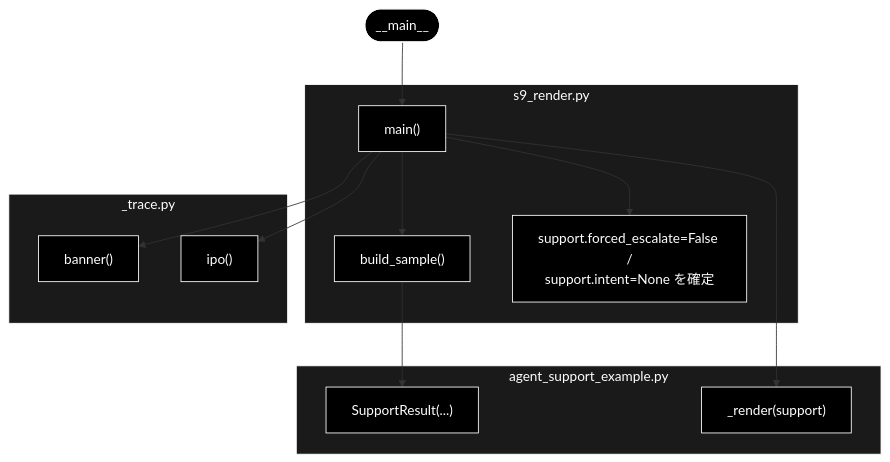
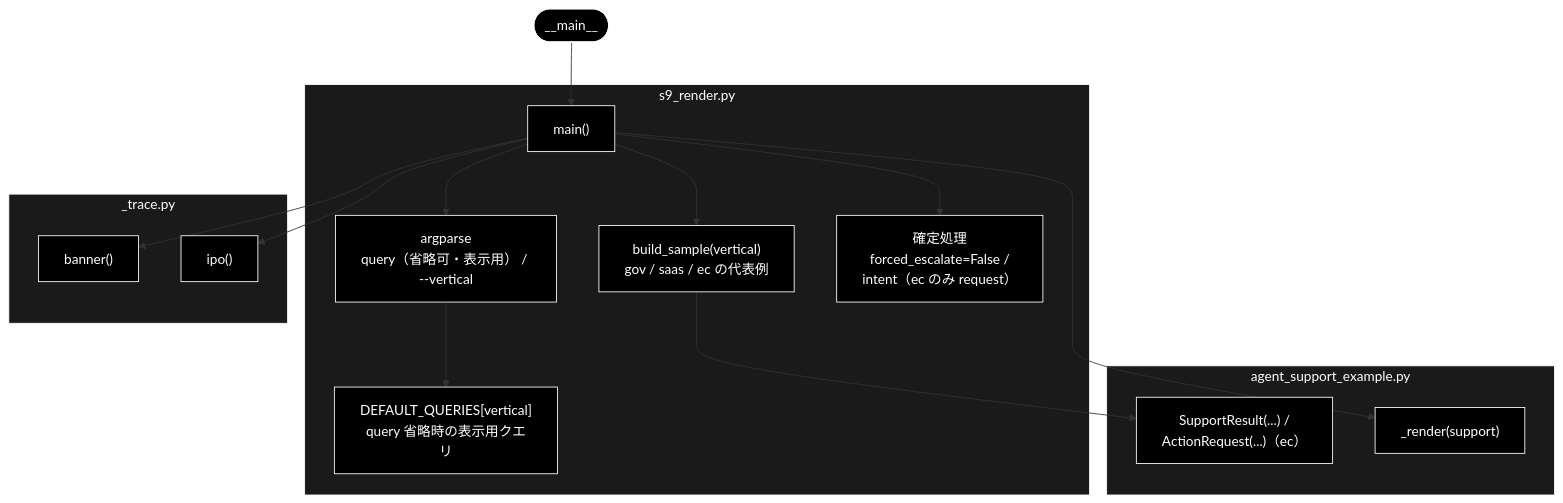
One commit to nakashima2toshio/anthropic_grace_agent_v2 changed the second of 3 diagrams in grace/step_trace/docs/s9_render.md. Above: the diagram before and after it, drawn with Mermaid. The commit also changed other lines of this file and 8 other files, not shown here.

````diff
--- a/grace/step_trace/docs/s9_render.md
+++ b/grace/step_trace/docs/s9_render.md
@@ -104,29 +122,32 @@
 ```mermaid
 flowchart TB
     ENTRY(["__main__"])
     subgraph MOD_S9["s9_render.py"]
         MAIN["main()"]
-        BS["build_sample()"]
-        FIX["support.forced_escalate=False /<br>support.intent=None を確定"]
+        ARG["argparse<br>query（省略可・表示用） / --vertical"]
+        DQ["DEFAULT_QUERIES[vertical]<br>query 省略時の表示用クエリ"]
+        BS["build_sample(vertical)<br>gov / saas / ec の代表例"]
+        FIX["確定処理<br>forced_escalate=False /<br>intent（ec のみ request）"]
     end
     subgraph MOD_TRACE["_trace.py"]
         BAN["banner()"]
         IPO["ipo()"]
     end
     subgraph MOD_ASE["agent_support_example.py"]
-        SR["SupportResult(...)"]
+        SR["SupportResult(...) /<br>ActionRequest(...)（ec）"]
         RND["_render(support)"]
     end
     ENTRY --> MAIN
+    MAIN --> ARG --> DQ
     MAIN --> BAN
     MAIN --> BS --> SR
     MAIN --> FIX
     MAIN --> IPO
     MAIN --> RND
 classDef default fill:#000,stroke:#fff,color:#fff
 classDef subgraphStyle fill:#1a1a1a,stroke:#fff,color:#fff
-class ENTRY,MAIN,BS,FIX,BAN,IPO,SR,RND default
+class ENTRY,MAIN,ARG,DQ,BS,FIX,BAN,IPO,SR,RND default
 style MOD_S9 fill:#1a1a1a,stroke:#fff,color:#fff
 style MOD_TRACE fill:#1a1a1a,stroke:#fff,color:#fff
 style MOD_ASE fill:#1a1a1a,stroke:#fff,color:#fff
 ```
````
